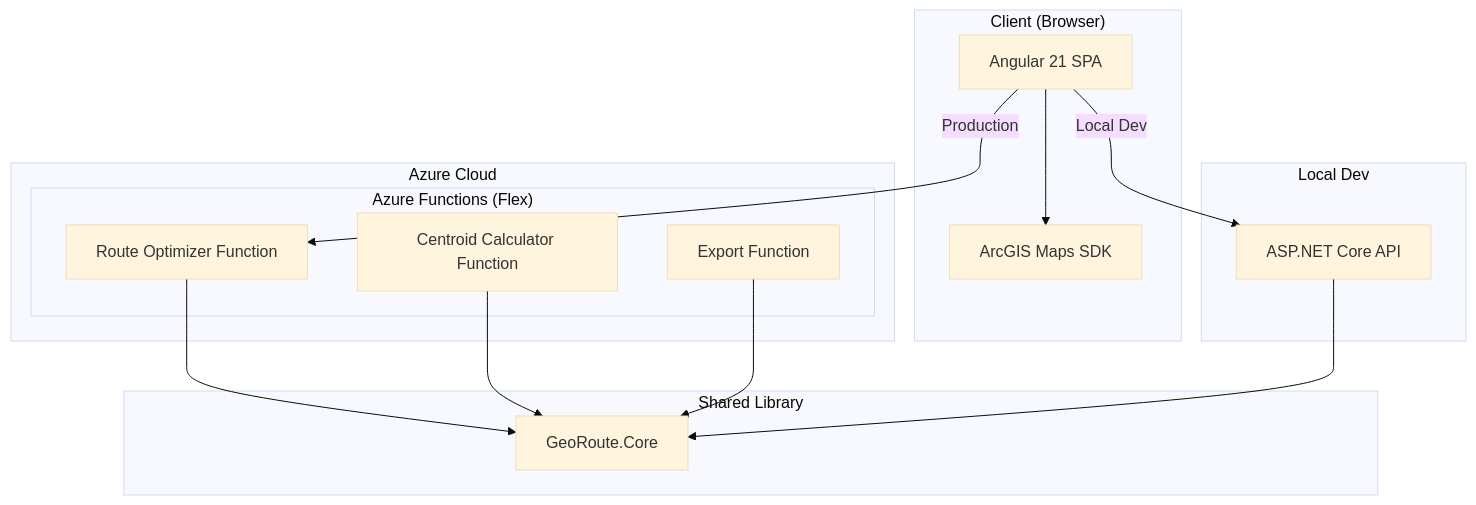
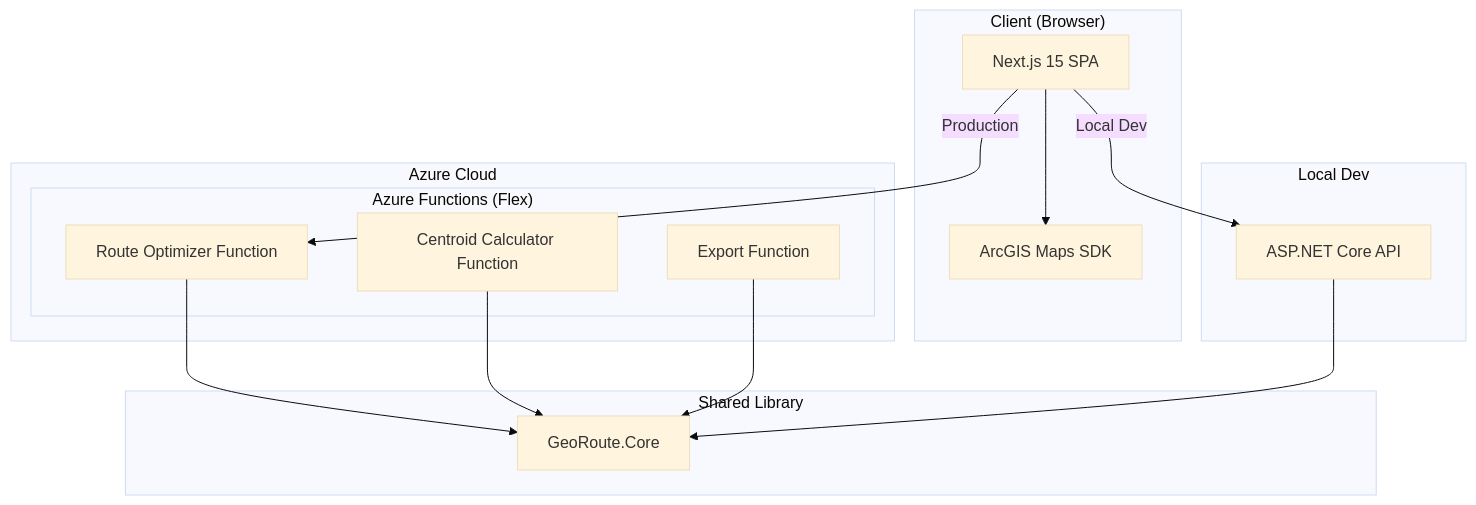
The first of 2 diagrams in docs/TechDesign.md (hangxigood/GeoRoute-Optimizer), drawn with Mermaid (base theme) before and after one commit. The commit also changed other lines of this file, not shown here.

First line of the commit message:
Update TechDesign: switch to Next.js and add POI features

````diff
--- a/docs/TechDesign.md
+++ b/docs/TechDesign.md
@@ -36,31 +36,31 @@
 ```mermaid
 graph TB
     subgraph "Client (Browser)"
-        A[Angular 21 SPA]
+        A[Next.js 15 SPA]
         B[ArcGIS Maps SDK]
     end
     
     subgraph "Azure Cloud"
         subgraph "Azure Functions (Flex)"
             C[Route Optimizer Function]
             D[Centroid Calculator Function]
             E[Export Function]
         end
     end
     
     subgraph "Local Dev"
         F[ASP.NET Core API]
     end
     
     subgraph "Shared Library"
         G[GeoRoute.Core]
     end
     
     A --> B
     A -->|Production| C
     A -->|Local Dev| F
     C --> G
     D --> G
     E --> G
     F --> G
 ```
````
